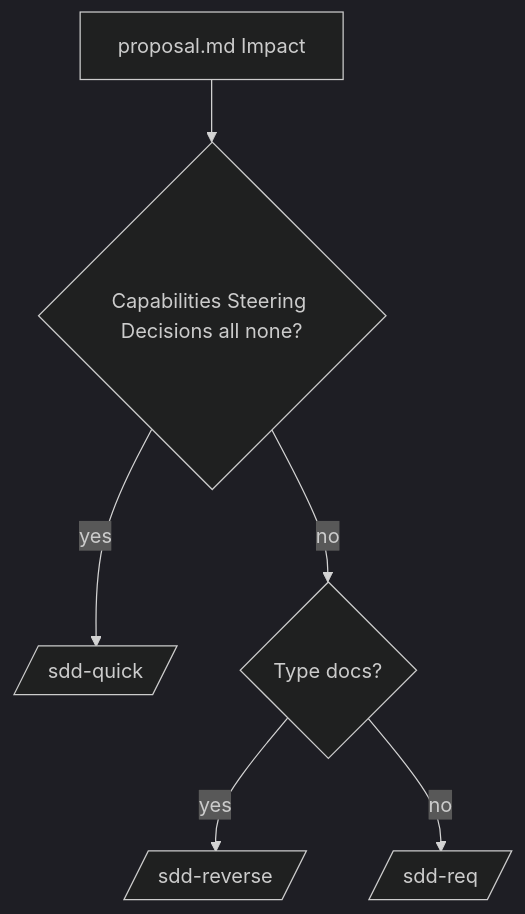
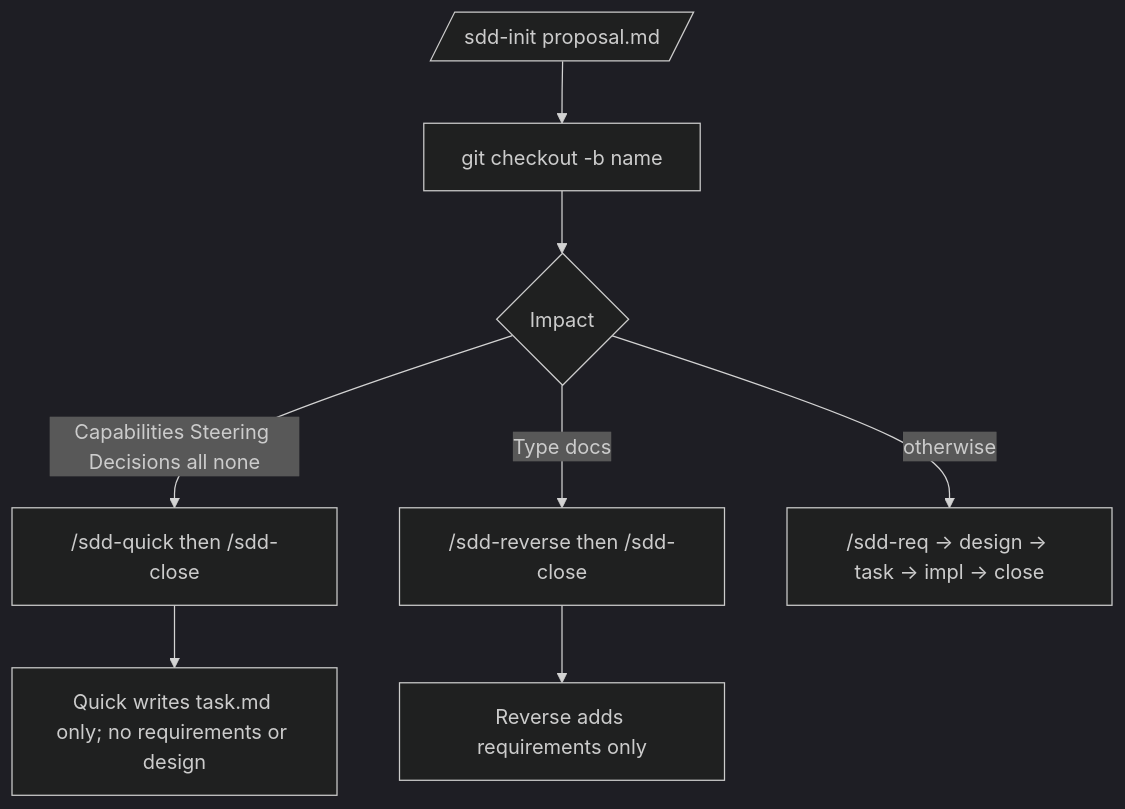
One commit to paterapatera/sdd-orc changed the first of 2 diagrams in README.md. Above: the diagram before and after it, drawn with Mermaid (dark theme). The commit also changed other lines of this file and 1 other file, not shown here.

First line of the commit message:
docs: trim README to daily-use scope, fewer diagrams

````diff
--- a/README.md
+++ b/README.md
@@ -169,8 +105,10 @@
 ```mermaid
 flowchart TD
-  P[proposal.md Impact] --> Q{Capabilities Steering Decisions all none?}
-  Q -->|yes| quick[/sdd-quick/]
-  Q -->|no| T{Type docs?}
-  T -->|yes| rev[/sdd-reverse/]
-  T -->|no| req[/sdd-req/]
+  init[/sdd-init proposal.md/] --> branch["git checkout -b name"]
+  branch --> route{Impact}
+  route -->|Capabilities Steering Decisions all none| quickPath["/sdd-quick then /sdd-close"]
+  route -->|Type docs| revPath["/sdd-reverse then /sdd-close"]
+  route -->|otherwise| fullPath["/sdd-req → design → task → impl → close"]
+  quickPath --> noteQuick["Quick writes task.md only; no requirements or design"]
+  revPath --> noteRev["Reverse adds requirements only"]
 ```
````
